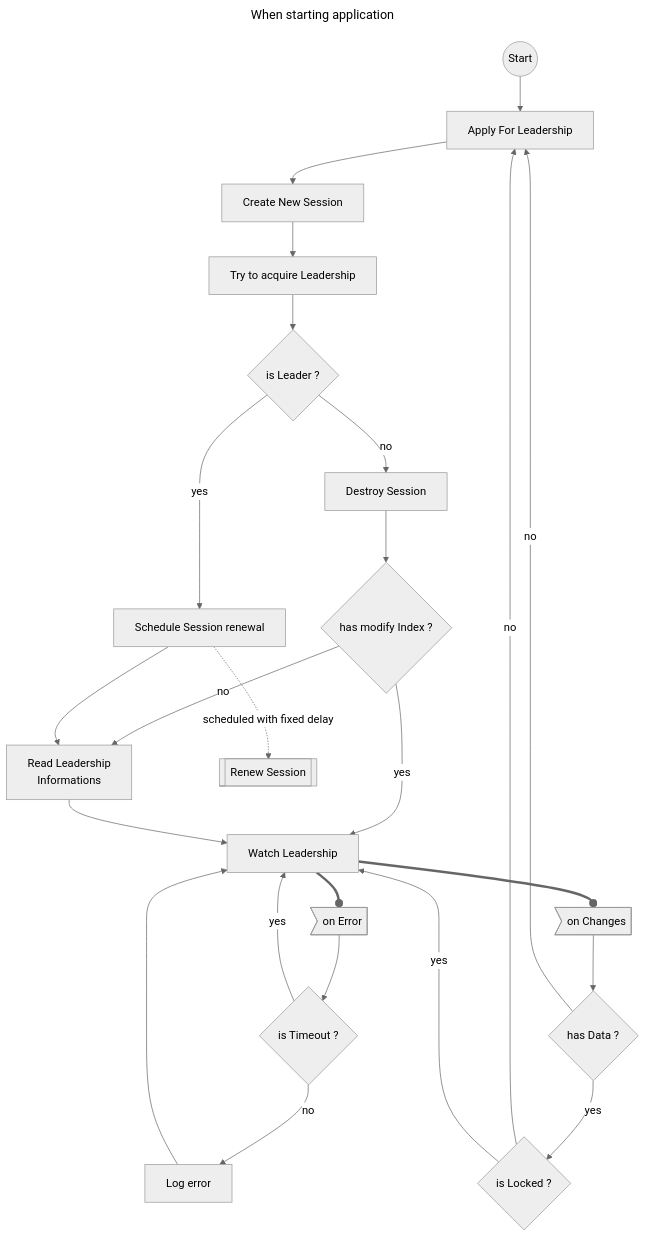
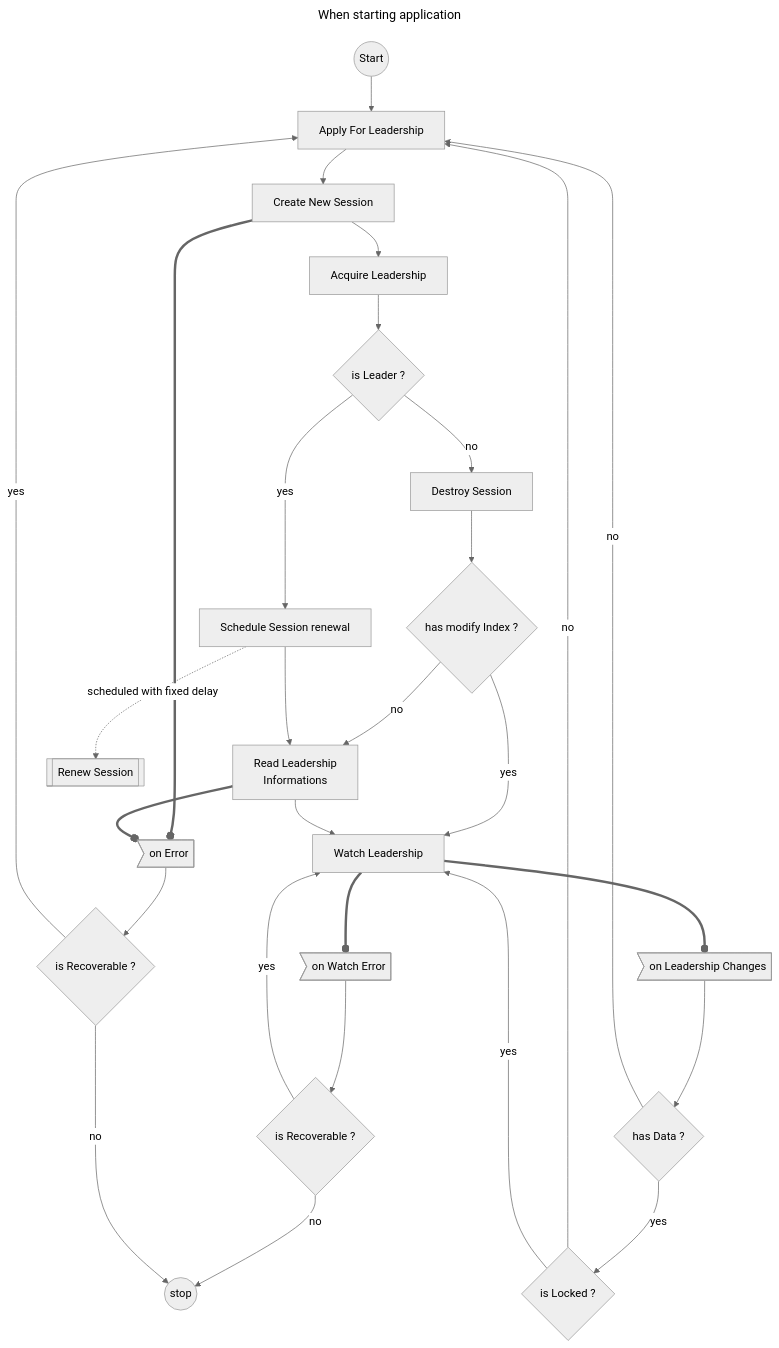
The first of 2 diagrams in README.md (FrogDevelopment/micronaut-consul-leadership-election), drawn with Mermaid (neutral theme) before and after one commit. The commit also changed other lines of this file, not shown here.

````diff
--- a/README.md
+++ b/README.md
@@ -267,28 +246,32 @@
 ```mermaid
 ---
 title: When starting application
 ---
 flowchart TB
 ;
     start((Start)) --> applyForLeadership[Apply For Leadership]
     applyForLeadership --> createNewSession[Create New Session]
-    createNewSession --> acquireLeadership[Try to acquire Leadership]
+    createNewSession --> acquireLeadership[Acquire Leadership]
     acquireLeadership --> acquireLeadership_result
     acquireLeadership_result{is Leader ?} -- " yes " --> scheduleSessionRenewal
     acquireLeadership_result -- " no " --> destroySession[Destroy Session]
     destroySession --> hasModifyIndex{has modify Index ?}
     hasModifyIndex -- " yes " --> watchForLeadership[Watch Leadership]
     hasModifyIndex -- " no " --> readLeadershipInfo[Read Leadership\nInformations]
     scheduleSessionRenewal --> readLeadershipInfo
     readLeadershipInfo --> watchForLeadership
     scheduleSessionRenewal[Schedule Session renewal] -. scheduled with fixed delay .-> renewSession[[Renew Session]]
-    watchForLeadership ==o onLeadershipChanges>on Changes]
-    watchForLeadership ==o onWatchError>on Error] --> isTimeout{is Timeout ?}
-    isTimeout -- " yes " --> watchForLeadership
-    isTimeout -- " no " --> log[Log error] --> watchForLeadership
+    watchForLeadership ==o onWatchError>on Watch Error] --> isWatchRecoverableError{is Recoverable ?}
+    isWatchRecoverableError -- " yes " --> watchForLeadership
+    isWatchRecoverableError -- " no " --> x((stop))
+    watchForLeadership ==o onLeadershipChanges>on Leadership Changes]
     onLeadershipChanges --> hasData{has Data ?}
     hasData -- " no " --> applyForLeadership
     hasData -- " yes " --> isLockPresent{is Locked ?}
     isLockPresent -- " no " --> applyForLeadership
     isLockPresent -- " yes " --> watchForLeadership
+    createNewSession ==o onError>on Error] --> isRecoverableError{is Recoverable ?}
+    readLeadershipInfo ==o onError
+    isRecoverableError -- " yes " --> applyForLeadership
+    isRecoverableError -- " no " --> x((stop))
 ```
````
